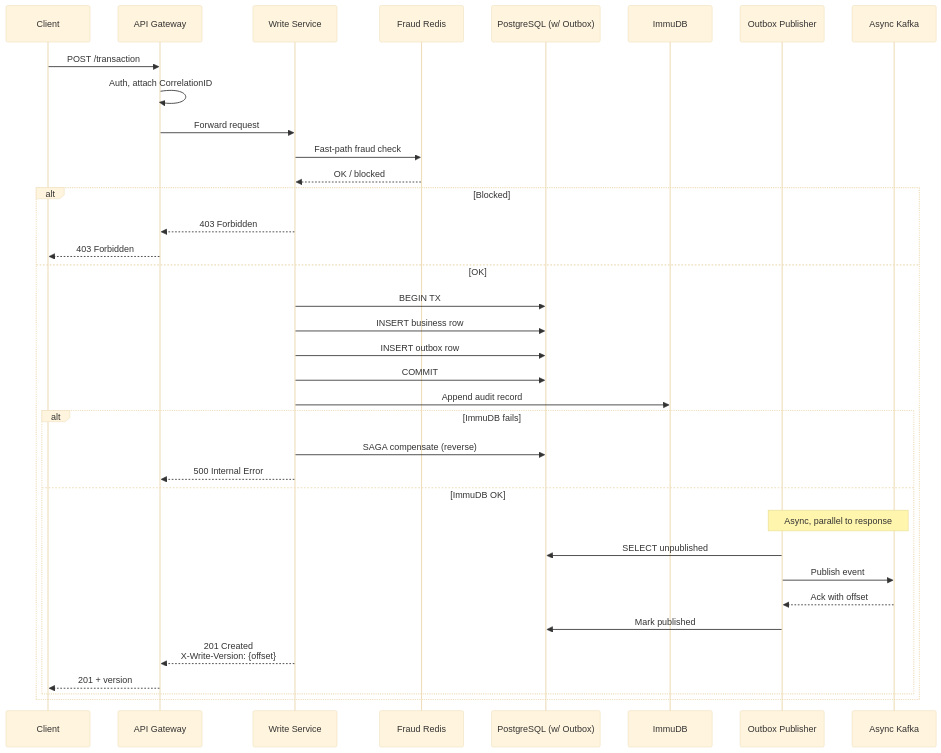
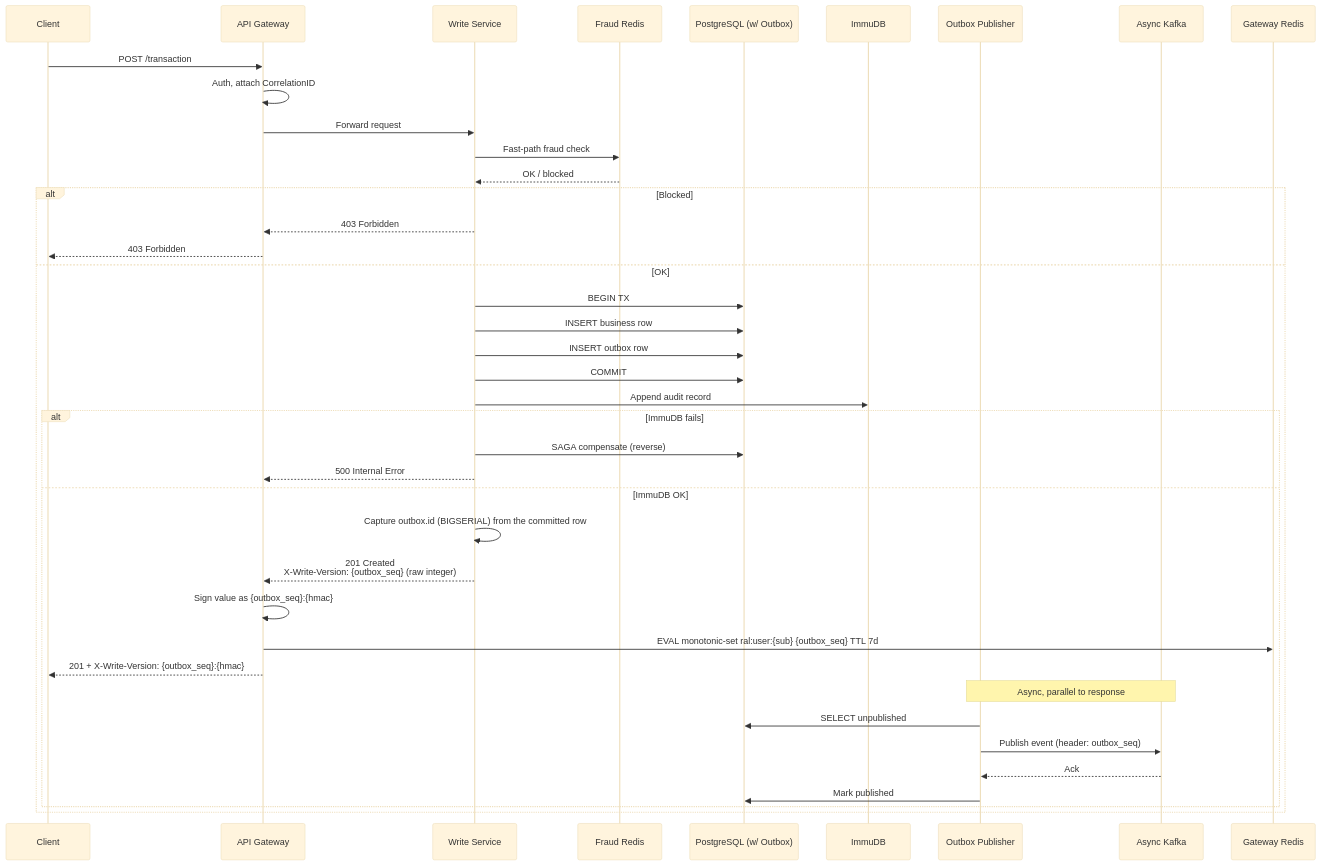
Before and after one commit to isoldpower/power-finance-backend: the second of 5 diagrams in docs/architecture.md, drawn with Mermaid (base theme). The commit also changed other lines of this file and 152 other files, not shown here.

````diff
--- a/docs/architecture.md
+++ b/docs/architecture.md
@@ -452,39 +458,43 @@
 ```mermaid
 sequenceDiagram
     participant C as Client
     participant GW as API Gateway
     participant WS as Write Service
     participant FR as Fraud Redis
     participant PG as PostgreSQL (w/ Outbox)
     participant IM as ImmuDB
     participant OB as Outbox Publisher
     participant AK as Async Kafka
+    participant GR as Gateway Redis
 
     C->>GW: POST /transaction
     GW->>GW: Auth, attach CorrelationID
     GW->>WS: Forward request
     WS->>FR: Fast-path fraud check
     FR-->>WS: OK / blocked
     alt Blocked
         WS-->>GW: 403 Forbidden
         GW-->>C: 403 Forbidden
     else OK
         WS->>PG: BEGIN TX
         WS->>PG: INSERT business row
         WS->>PG: INSERT outbox row
         WS->>PG: COMMIT
         WS->>IM: Append audit record
         alt ImmuDB fails
             WS->>PG: SAGA compensate (reverse)
             WS-->>GW: 500 Internal Error
         else ImmuDB OK
+            WS->>WS: Capture outbox.id (BIGSERIAL) from the committed row
+            WS-->>GW: 201 Created<br/>X-Write-Version: {outbox_seq}  (raw integer)
+            GW->>GW: Sign value as {outbox_seq}:{hmac}
+            GW->>GR: EVAL monotonic-set ral:user:{sub} {outbox_seq} TTL 7d
+            GW-->>C: 201 + X-Write-Version: {outbox_seq}:{hmac}
             Note over OB,AK: Async, parallel to response
             OB->>PG: SELECT unpublished
-            OB->>AK: Publish event
-            AK-->>OB: Ack with offset
+            OB->>AK: Publish event (header: outbox_seq)
+            AK-->>OB: Ack
             OB->>PG: Mark published
-            WS-->>GW: 201 Created<br/>X-Write-Version: {offset}
-            GW-->>C: 201 + version
         end
     end
 ```
````
